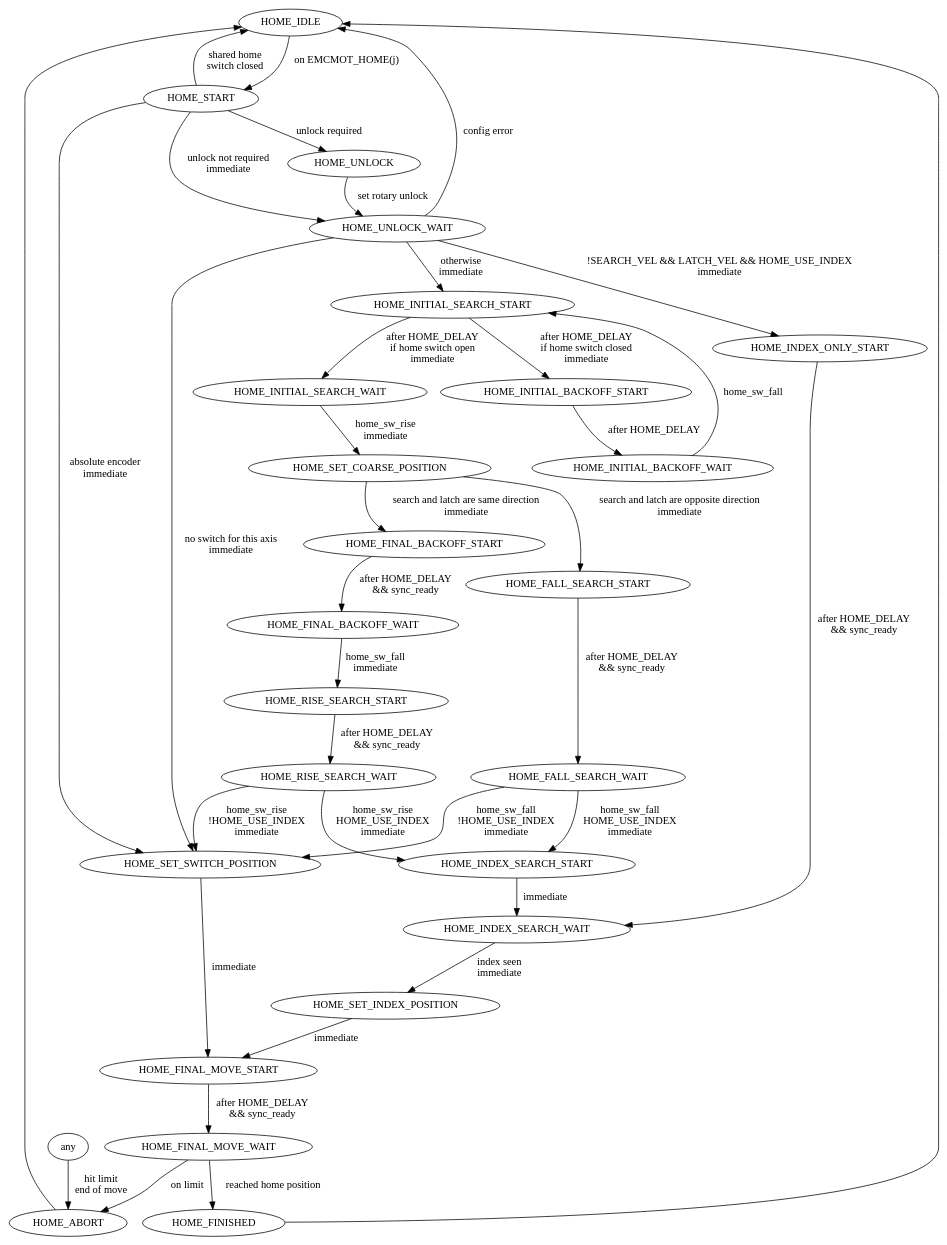
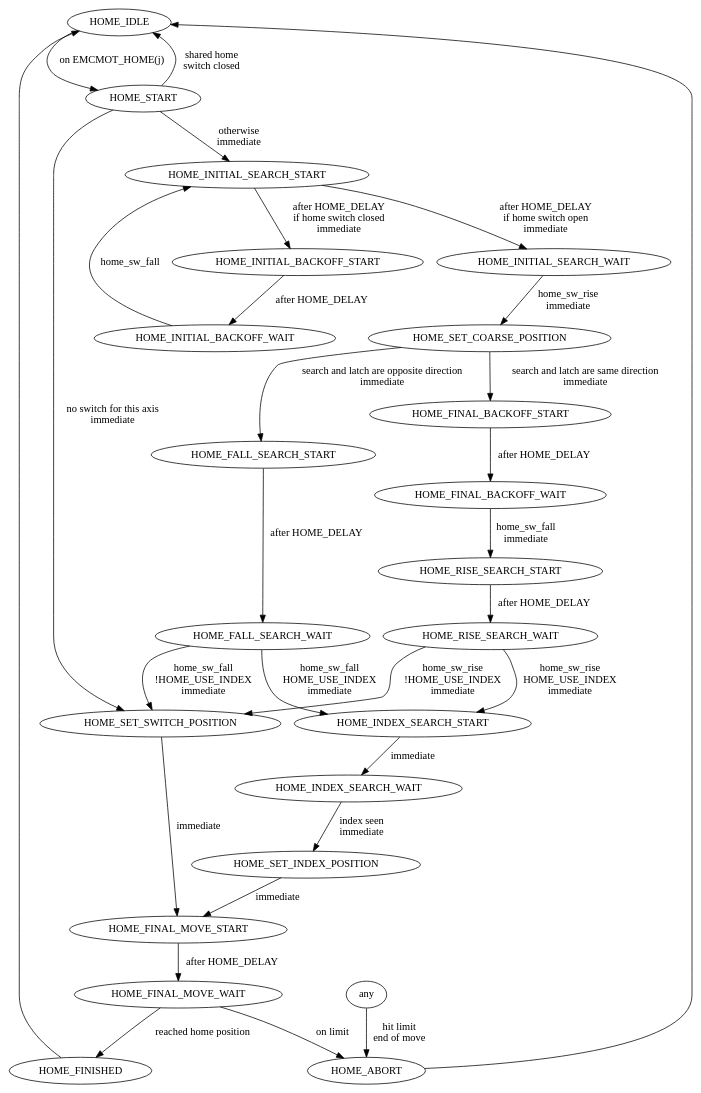
The diagram in docs/src/code/homing.dot (mozmck/linuxcnc-mirror), drawn with Graphviz before and after one commit.

Commit message:
Revert "Update homing.dot to match homing code"
This reverts commit 06f576a5cca2d12a8ea2e52c9b92e7e1d7f55541.

```diff
--- a/docs/src/code/homing.dot
+++ b/docs/src/code/homing.dot
@@ -1,38 +1,31 @@
 digraph homing {
     HOME_IDLE -> HOME_START [label="on EMCMOT_HOME(j)"];
     HOME_START -> HOME_IDLE [label="shared home\nswitch closed"];
-    HOME_START -> HOME_SET_SWITCH_POSITION [label="absolute encoder\nimmediate"];
-    HOME_START -> HOME_UNLOCK [label="unlock required"];
-    HOME_START -> HOME_UNLOCK_WAIT [label="unlock not required\nimmediate"];
-    HOME_UNLOCK -> HOME_UNLOCK_WAIT [label="set rotary unlock"];
-    HOME_UNLOCK_WAIT -> HOME_SET_SWITCH_POSITION [label="no switch for this axis\nimmediate"];
-    HOME_UNLOCK_WAIT -> HOME_INDEX_ONLY_START [label="!SEARCH_VEL && LATCH_VEL && HOME_USE_INDEX\nimmediate"];
-    HOME_UNLOCK_WAIT -> HOME_INITIAL_SEARCH_START [label="otherwise\nimmediate"];
-    HOME_UNLOCK_WAIT -> HOME_IDLE [label="config error"];
-    HOME_INDEX_ONLY_START -> HOME_INDEX_SEARCH_WAIT [label="after HOME_DELAY\n&& sync_ready"];
+    HOME_START -> HOME_SET_SWITCH_POSITION [label="no switch for this axis\nimmediate"];
+    HOME_START -> HOME_INITIAL_SEARCH_START [label="otherwise\nimmediate"];
     HOME_INITIAL_BACKOFF_START -> HOME_INITIAL_BACKOFF_WAIT [label="after HOME_DELAY"];
     HOME_INITIAL_BACKOFF_WAIT -> HOME_INITIAL_SEARCH_START [label="home_sw_fall"];
     HOME_INITIAL_SEARCH_START -> HOME_INITIAL_BACKOFF_START [label="after HOME_DELAY\nif home switch closed\nimmediate"];
     HOME_INITIAL_SEARCH_START -> HOME_INITIAL_SEARCH_WAIT [label="after HOME_DELAY\nif home switch open\nimmediate"];
     HOME_INITIAL_SEARCH_WAIT -> HOME_SET_COARSE_POSITION [label="home_sw_rise\nimmediate"];
     HOME_SET_COARSE_POSITION -> HOME_FINAL_BACKOFF_START [label="search and latch are same direction\nimmediate"]
     HOME_SET_COARSE_POSITION -> HOME_FALL_SEARCH_START [label="search and latch are opposite direction\nimmediate"]
-    HOME_FINAL_BACKOFF_START -> HOME_FINAL_BACKOFF_WAIT [label="after HOME_DELAY\n&& sync_ready"];
+    HOME_FINAL_BACKOFF_START -> HOME_FINAL_BACKOFF_WAIT [label="after HOME_DELAY"];
     HOME_FINAL_BACKOFF_WAIT -> HOME_RISE_SEARCH_START [label="home_sw_fall\nimmediate"];
-    HOME_RISE_SEARCH_START -> HOME_RISE_SEARCH_WAIT [label="after HOME_DELAY\n&& sync_ready"];
+    HOME_RISE_SEARCH_START -> HOME_RISE_SEARCH_WAIT [label="after HOME_DELAY"];
     HOME_RISE_SEARCH_WAIT -> HOME_INDEX_SEARCH_START [label="home_sw_rise\nHOME_USE_INDEX\nimmediate"]
     HOME_RISE_SEARCH_WAIT -> HOME_SET_SWITCH_POSITION [label="home_sw_rise\n!HOME_USE_INDEX\nimmediate"]
-    HOME_FALL_SEARCH_START -> HOME_FALL_SEARCH_WAIT [label="after HOME_DELAY\n&& sync_ready"];
+    HOME_FALL_SEARCH_START -> HOME_FALL_SEARCH_WAIT [label="after HOME_DELAY"];
     HOME_FALL_SEARCH_WAIT -> HOME_INDEX_SEARCH_START [label="home_sw_fall\nHOME_USE_INDEX\nimmediate"]
     HOME_FALL_SEARCH_WAIT -> HOME_SET_SWITCH_POSITION [label="home_sw_fall\n!HOME_USE_INDEX\nimmediate"]
     HOME_INDEX_SEARCH_START -> HOME_INDEX_SEARCH_WAIT [label="immediate"];
     HOME_INDEX_SEARCH_WAIT -> HOME_SET_INDEX_POSITION [label="index seen\nimmediate"];
     HOME_SET_SWITCH_POSITION -> HOME_FINAL_MOVE_START [label="immediate"];
     HOME_SET_INDEX_POSITION -> HOME_FINAL_MOVE_START [label="immediate"];
-    HOME_FINAL_MOVE_START -> HOME_FINAL_MOVE_WAIT [label="after HOME_DELAY\n&& sync_ready"];
+    HOME_FINAL_MOVE_START -> HOME_FINAL_MOVE_WAIT [label="after HOME_DELAY"];
     HOME_FINAL_MOVE_WAIT -> HOME_ABORT [label="on limit"];
     HOME_FINAL_MOVE_WAIT -> HOME_FINISHED [label="reached home position"];
     HOME_FINISHED -> HOME_IDLE;
     any -> HOME_ABORT [label="hit limit\nend of move"]
     HOME_ABORT -> HOME_IDLE;
 }
```
